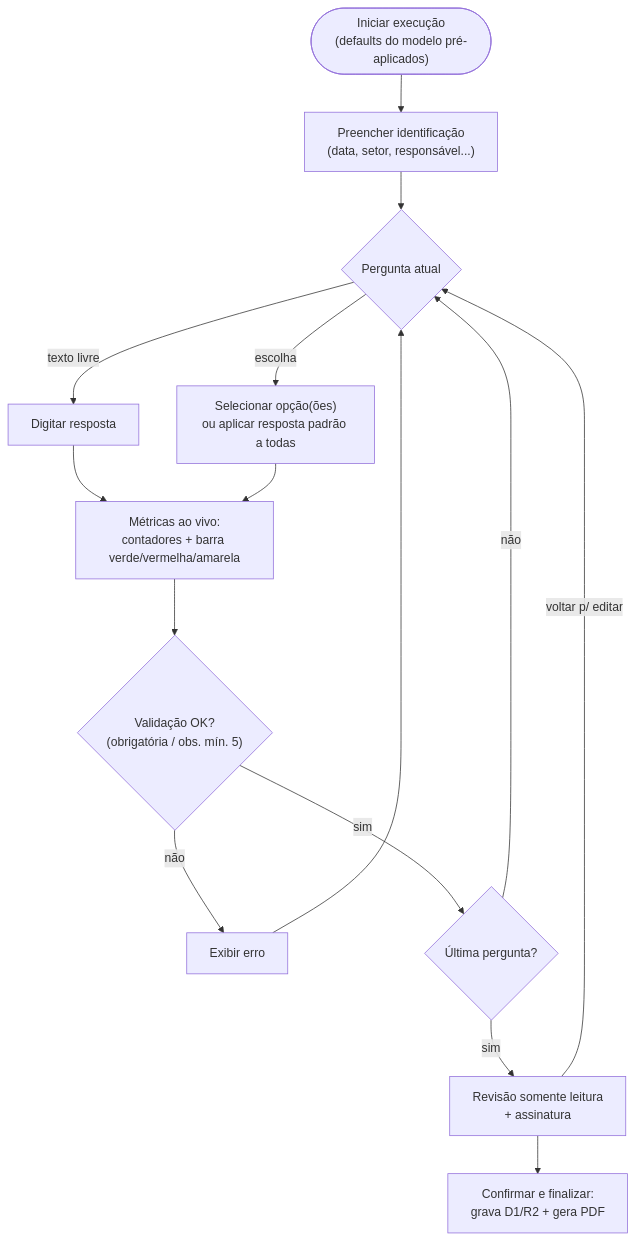
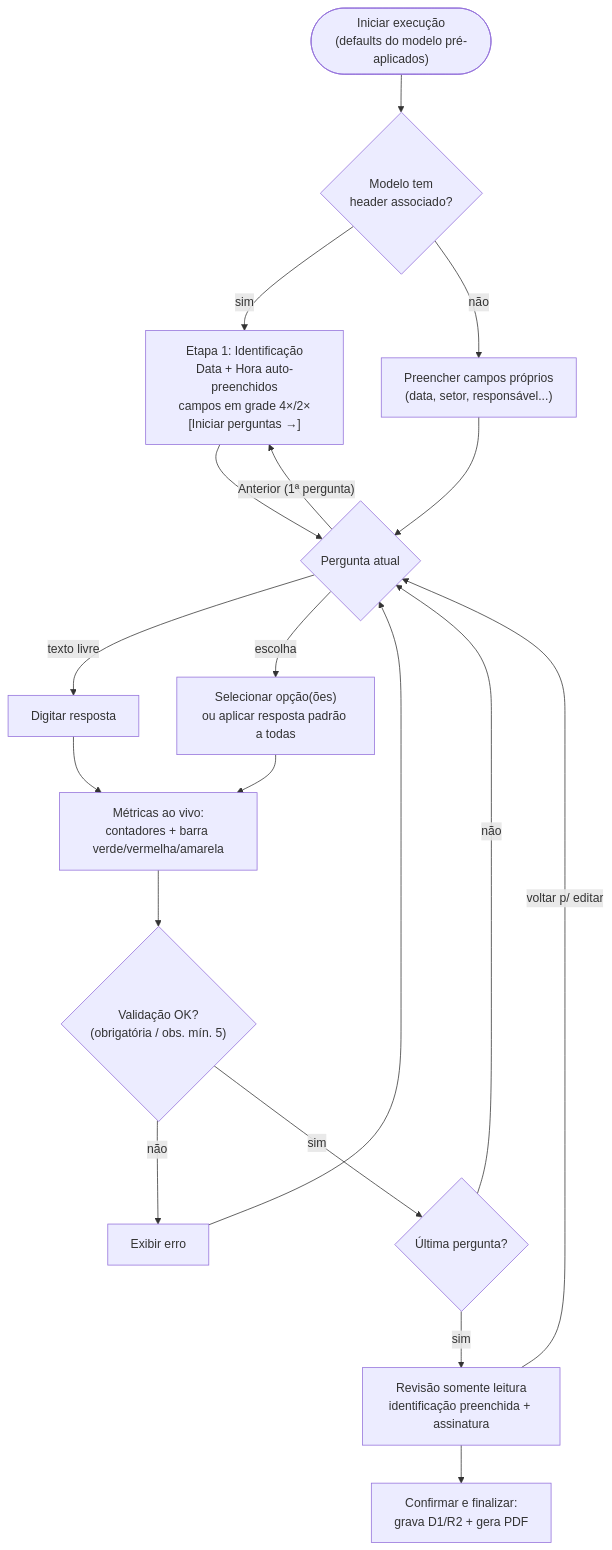
The second of 8 diagrams in README.md (teonett/gerador_conferencia_p0l4r1s), drawn with Mermaid before and after one commit. The commit also changed other lines of this file, not shown here.

````diff
--- a/README.md
+++ b/README.md
@@ -174,16 +198,20 @@
 ```mermaid
 flowchart TD
-    A(["Iniciar execução<br/>(defaults do modelo pré-aplicados)"]) --> B["Preencher identificação<br/>(data, setor, responsável...)"]
-    B --> C{"Pergunta atual"}
+    A(["Iniciar execução<br/>(defaults do modelo pré-aplicados)"]) --> H{"Modelo tem<br/>header associado?"}
+    H -->|sim| I["Etapa 1: Identificação<br/>Data + Hora auto-preenchidos<br/>campos em grade 4×/2×<br/>[Iniciar perguntas →]"]
+    H -->|não| B["Preencher campos próprios<br/>(data, setor, responsável...)"]
+    I --> C{"Pergunta atual"}
+    B --> C
     C -->|texto livre| D["Digitar resposta"]
     C -->|escolha| E["Selecionar opção(ões)<br/>ou aplicar resposta padrão a todas"]
     D --> F["Métricas ao vivo:<br/>contadores + barra verde/vermelha/amarela"]
     E --> F
     F --> G{"Validação OK?<br/>(obrigatória / obs. mín. 5)"}
-    G -->|não| H["Exibir erro"] --> C
-    G -->|sim| I{"Última pergunta?"}
-    I -->|não| C
-    I -->|sim| J["Revisão somente leitura<br/>+ assinatura"]
+    G -->|não| X["Exibir erro"] --> C
+    G -->|sim| Y{"Última pergunta?"}
+    Y -->|não| C
+    Y -->|sim| J["Revisão somente leitura<br/>identificação preenchida + assinatura"]
     J --> K["Confirmar e finalizar:<br/>grava D1/R2 + gera PDF"]
     J -->|voltar p/ editar| C
+    C -->|"Anterior (1ª pergunta)"| I
 ```
````
